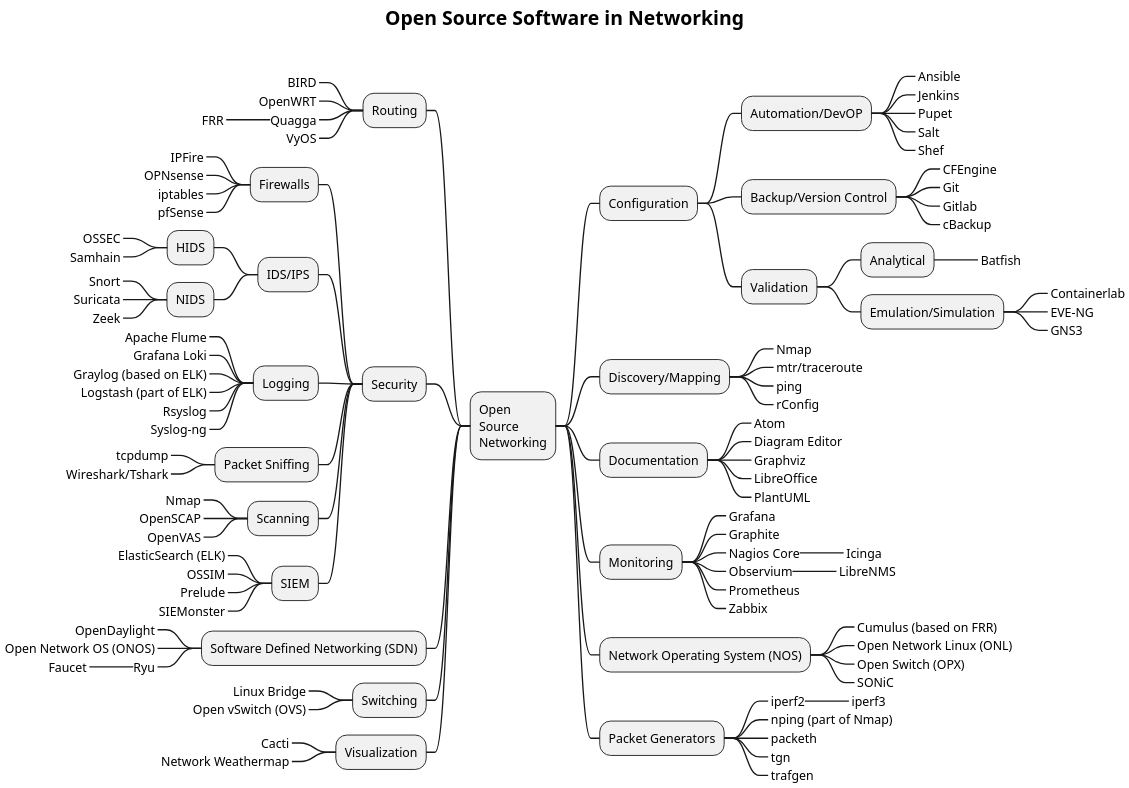
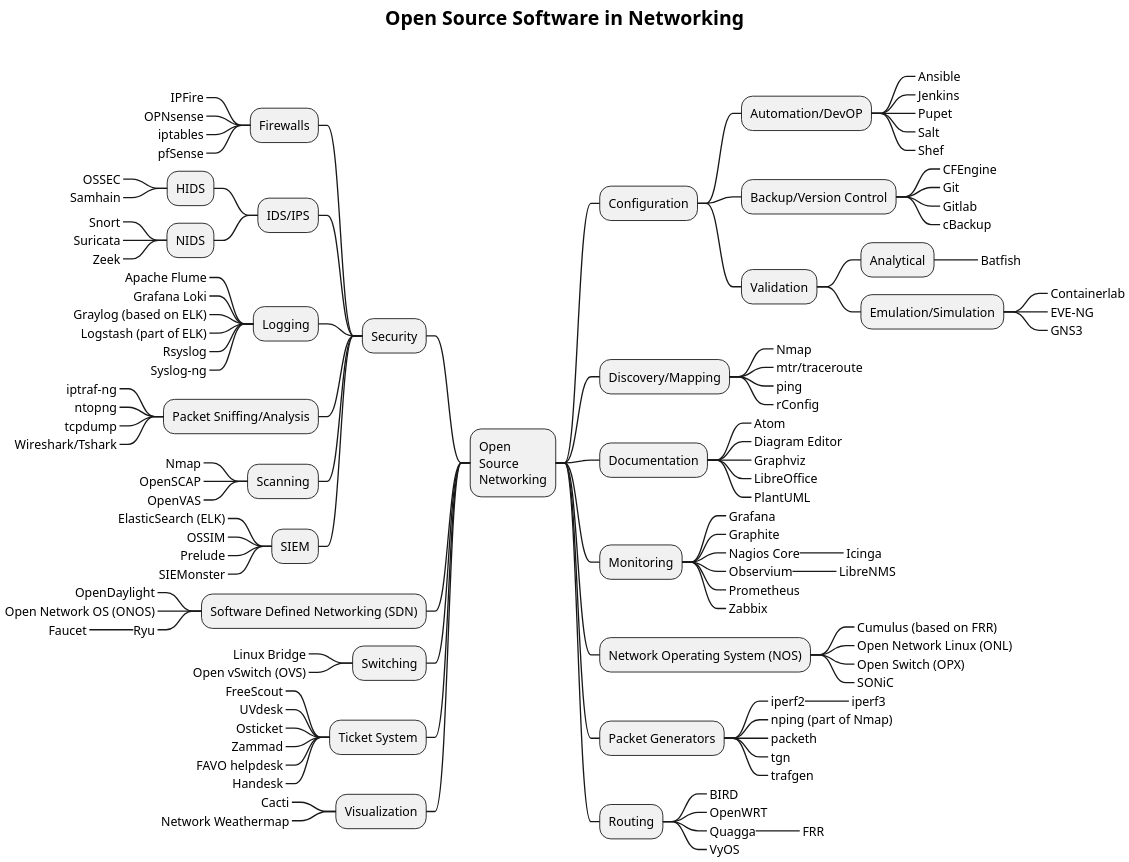
The diagram in OpenSourceMindMap.md (martimy/Open-Source-Networking), drawn with PlantUML before and after one commit. The commit also changed 2 other files, not shown here.

Commit message:
add new category and update

```diff
--- a/OpenSourceMindMap.md
+++ b/OpenSourceMindMap.md
@@ -86,14 +86,15 @@
 ***_ trafgen
 
 
-left side
-
 ** Routing
 ***_ BIRD
 ***_ OpenWRT
 ***_ Quagga
 ****_ FRR
 ***_ VyOS
+
+
+left side
 
 ** Security
 
@@ -120,7 +121,9 @@
 ****_ Rsyslog
 ****_ Syslog-ng
 
-*** Packet Sniffing
+*** Packet Sniffing/Analysis
+****_ iptraf-ng
+****_ ntopng
 ****_ tcpdump
 ****_ Wireshark/Tshark
 
@@ -147,6 +150,14 @@
 ***_ Linux Bridge
 ***_ Open vSwitch (OVS)
 
+** Ticket System
+***_ FreeScout
+***_ UVdesk
+***_ Osticket
+***_ Zammad
+***_ FAVO helpdesk
+***_ Handesk
+
 
 ** Visualization
 ***_ Cacti
```
